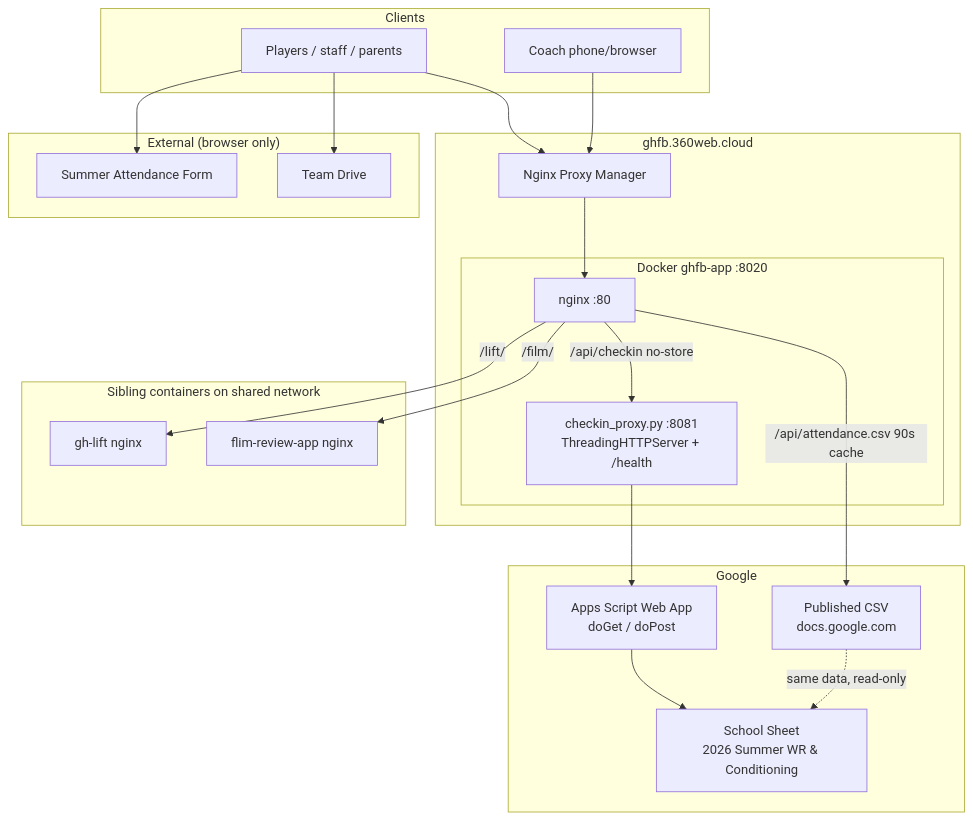
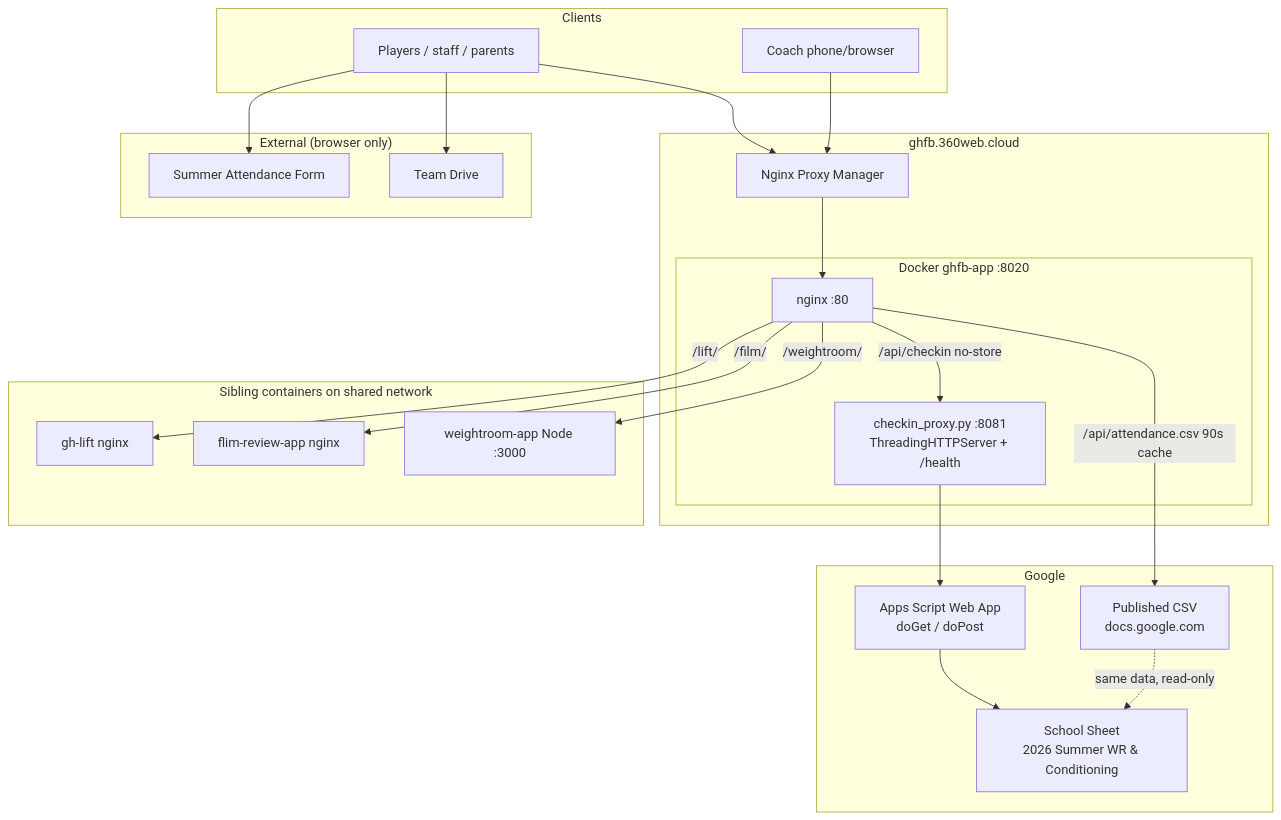
One commit to mitchelldawkinsjr/ghfb changed the first of 2 diagrams in docs/architecture.md. Above: the diagram before and after it, drawn with Mermaid. The commit also changed 8 other files, not shown here.

````diff
--- a/docs/architecture.md
+++ b/docs/architecture.md
@@ -7,45 +7,47 @@
 ```mermaid
 flowchart TB
   subgraph clients["Clients"]
     Coach["Coach phone/browser"]
     Fan["Players / staff / parents"]
   end
 
   subgraph edge["ghfb.360web.cloud"]
     NPM["Nginx Proxy Manager"]
     subgraph container["Docker ghfb-app :8020"]
       NGX["nginx :80"]
       PY["checkin_proxy.py :8081<br/>ThreadingHTTPServer + /health"]
     end
   end
 
   subgraph google["Google"]
     CSVpub["Published CSV<br/>docs.google.com"]
     Sheet["School Sheet<br/>2026 Summer WR & Conditioning"]
     GAS["Apps Script Web App<br/>doGet / doPost"]
   end
 
   subgraph external["External (browser only)"]
     Form["Summer Attendance Form"]
     Drive["Team Drive"]
   end
 
   subgraph sibling["Sibling containers on shared network"]
     LiftNGX["gh-lift nginx"]
     FilmNGX["flim-review-app nginx"]
+    Weightroom["weightroom-app Node :3000"]
   end
 
   Fan --> NPM
   Coach --> NPM
   NPM --> NGX
   NGX -->|"/lift/"| LiftNGX
   NGX -->|"/film/"| FilmNGX
+  NGX -->|"/weightroom/"| Weightroom
   NGX -->|"/api/attendance.csv" 90s cache| CSVpub
   NGX -->|"/api/checkin" no-store| PY
   PY --> GAS
   GAS --> Sheet
   CSVpub -.->|same data, read-only| Sheet
 
   Fan --> Form
   Fan --> Drive
 ```
````
